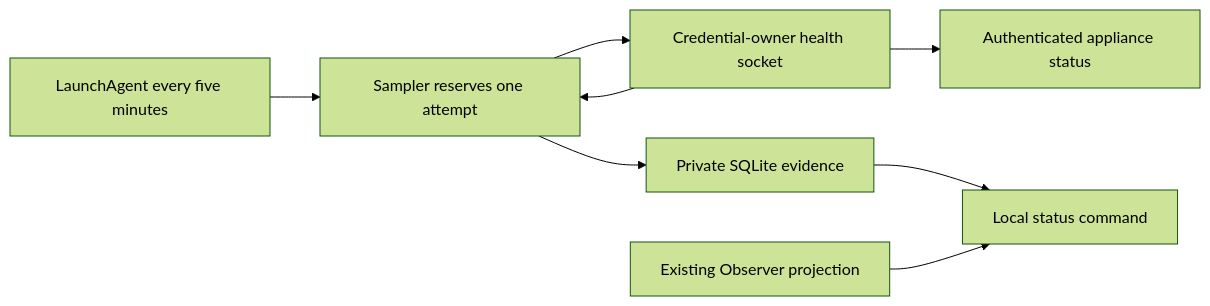
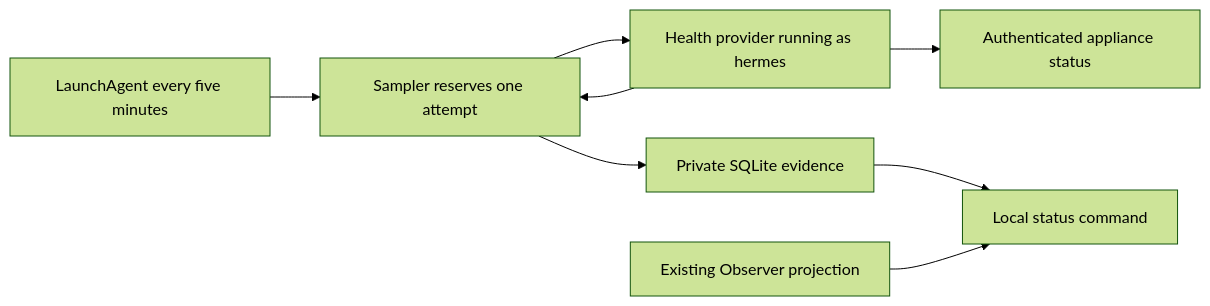
Before and after one commit to nibrwr/firewalla-mcp: the diagram in docs/SAMPLER-OPERATOR-GUIDE.md, drawn with Mermaid (forest theme). The commit also changed other lines of this file and 22 other files, not shown here.

Commit message:
Add credential-owner Firewalla health provider

````diff
--- a/docs/SAMPLER-OPERATOR-GUIDE.md
+++ b/docs/SAMPLER-OPERATOR-GUIDE.md
@@ -25,10 +56,10 @@
 ```mermaid
 flowchart LR
     A["LaunchAgent every five minutes"] --> S["Sampler reserves one attempt"]
-    S --> P["Credential-owner health socket"]
+    S --> P["Health provider running as hermes"]
     P --> F["Authenticated appliance status"]
     P --> S
     S --> D["Private SQLite evidence"]
     D --> R["Local status command"]
     O["Existing Observer projection"] --> R
 ```
````
